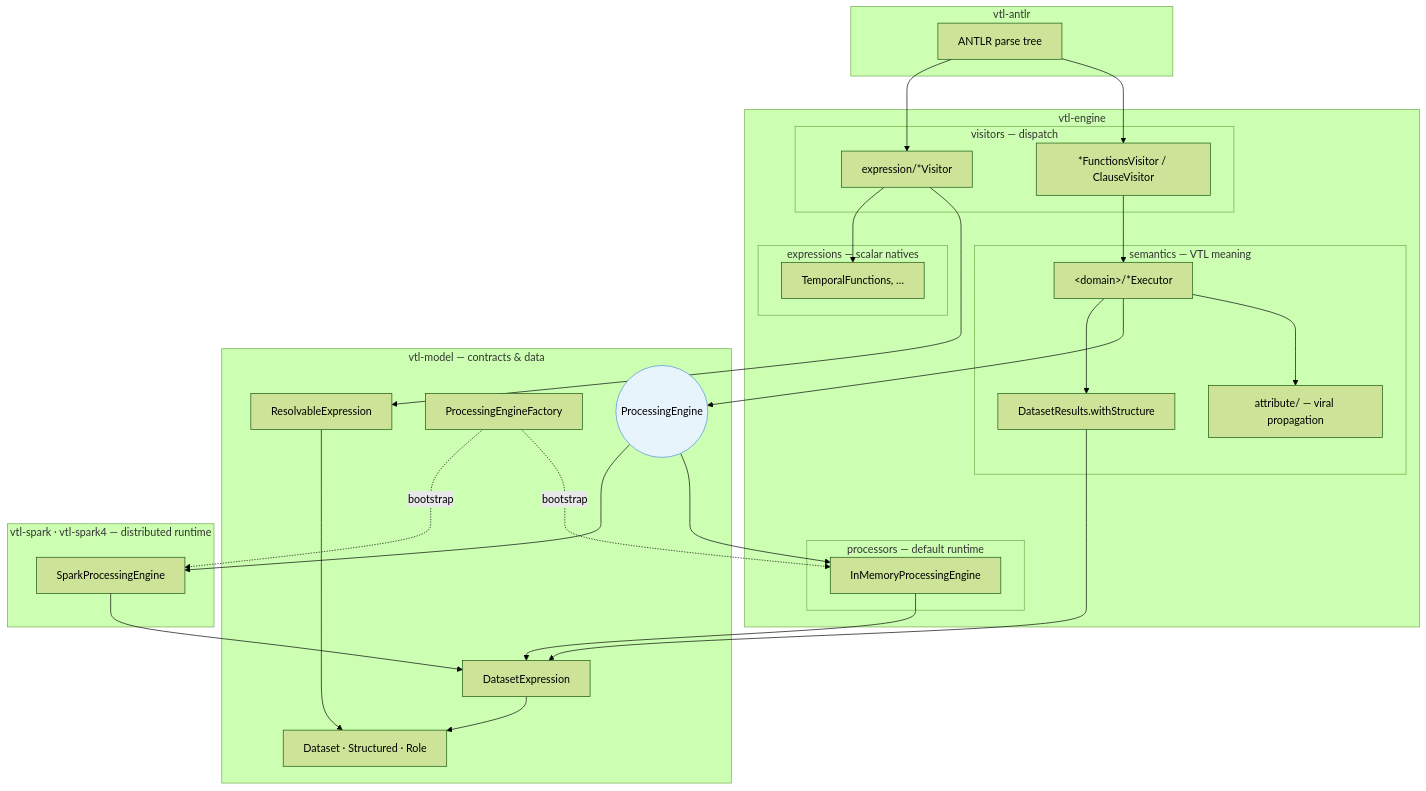
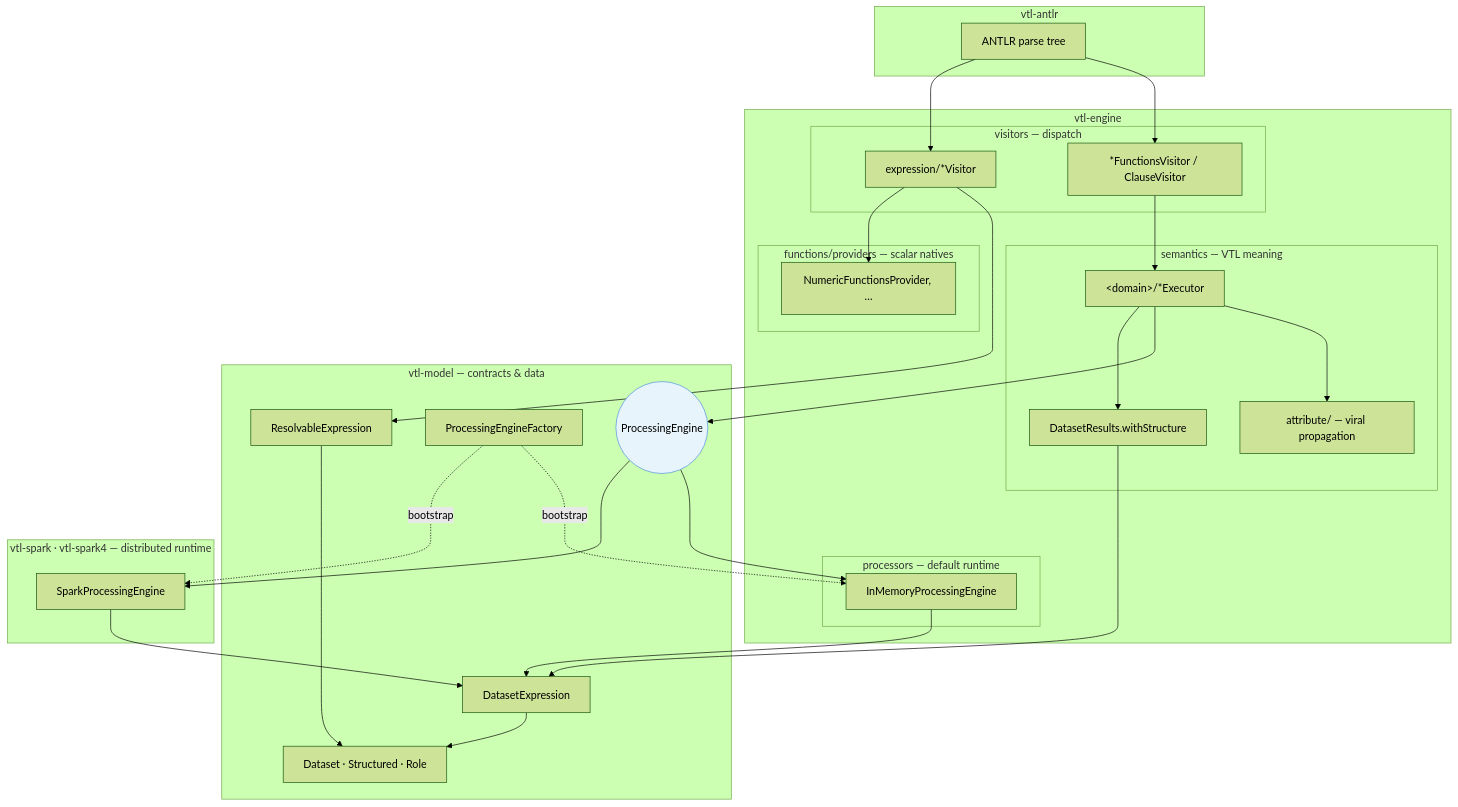
One commit to InseeFr/Trevas changed the diagram in vtl-engine/README.md. Above: the diagram before and after it, drawn with Mermaid (forest theme). The commit also changed other lines of this file and 30 other files, not shown here.

````diff
--- a/vtl-engine/README.md
+++ b/vtl-engine/README.md
@@ -20,63 +20,63 @@
 ```mermaid
 flowchart TB
   subgraph antlr["vtl-antlr"]
     PT["ANTLR parse tree"]
   end
 
   subgraph engine["vtl-engine"]
     subgraph visitors["visitors — dispatch"]
       FV["*FunctionsVisitor / ClauseVisitor"]
       EV["expression/*Visitor"]
     end
 
     subgraph semantics["semantics — VTL meaning"]
       EX["&lt;domain&gt;/*Executor"]
       ATTR["attribute/ — viral propagation"]
       DR["DatasetResults.withStructure"]
     end
 
-    subgraph scalar["expressions — scalar natives"]
-      TF["TemporalFunctions, …"]
+    subgraph scalar["functions/providers — scalar natives"]
+      TF["NumericFunctionsProvider, …"]
     end
 
     subgraph processors["processors — default runtime"]
       IMPE["InMemoryProcessingEngine"]
     end
   end
 
   subgraph model["vtl-model — contracts &amp; data"]
     PE(("ProcessingEngine"))
     PEF["ProcessingEngineFactory"]
     DE["DatasetExpression"]
     RE["ResolvableExpression"]
     DS["Dataset · Structured · Role"]
   end
 
   subgraph spark["vtl-spark · vtl-spark4 — distributed runtime"]
     SPE["SparkProcessingEngine"]
   end
 
   PT --> FV
   PT --> EV
 
   FV --> EX
   EX --> ATTR
   EX --> PE
   PE --> IMPE
   PE --> SPE
   IMPE --> DE
   SPE --> DE
   EX --> DR
   DR --> DE
 
   EV --> RE
   EV --> TF
   RE --> DS
   DE --> DS
 
   PEF -.->|"bootstrap"| IMPE
   PEF -.->|"bootstrap"| SPE
 
   classDef iface fill:#e8f4fc,stroke:#4a90d9
   class PE iface
 ```
````
